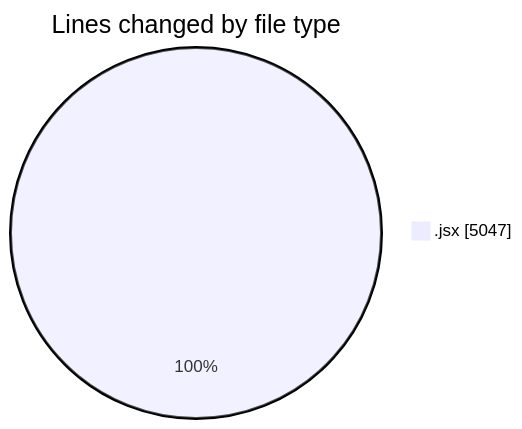
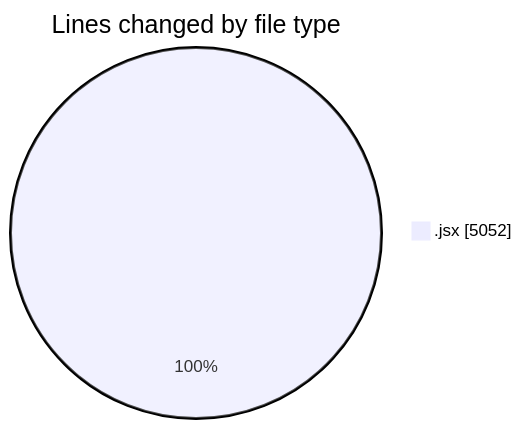
The first of 2 diagrams in 2025-05-13/argos-dev/README.md (nxtqubesakshisongat/code-tracking), drawn with Mermaid before and after one commit. The commit also changed other lines of this file and 1 other file, not shown here.

````diff
--- a/2025-05-13/argos-dev/README.md
+++ b/2025-05-13/argos-dev/README.md
@@ -26,5 +26,5 @@
 ```mermaid
 pie showData
 title Lines changed by file type
-".jsx" : 5047
+".jsx" : 5052
 ```
````
